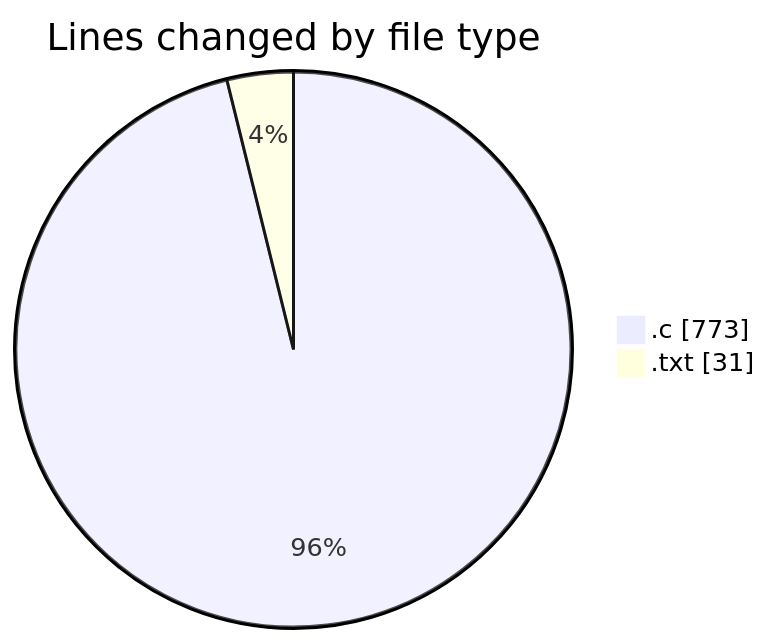
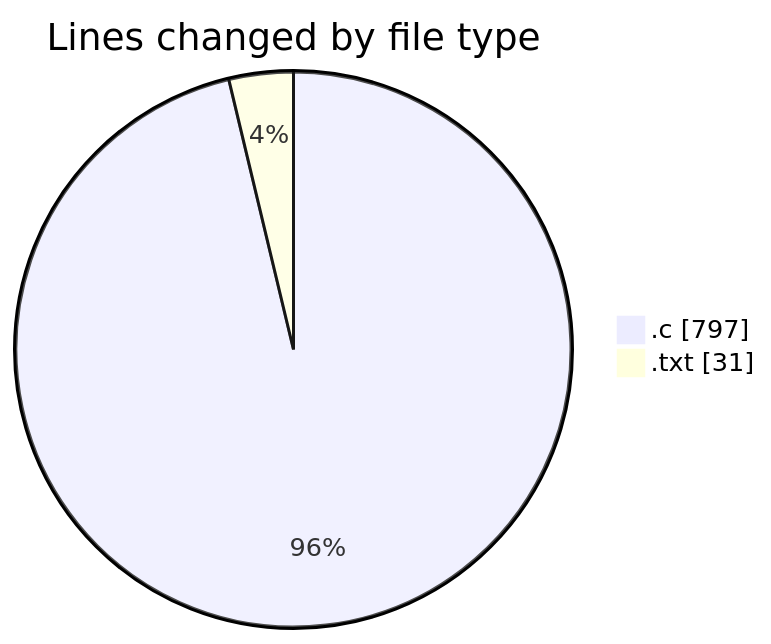
The first of 2 diagrams in 2025-01-26/search/README.md (Ritupan-Deka/code-tracking), drawn with Mermaid before and after one commit. The commit also changed other lines of this file and 1 other file, not shown here.

````diff
--- a/2025-01-26/search/README.md
+++ b/2025-01-26/search/README.md
@@ -22,6 +22,6 @@
 ```mermaid
 pie showData
 title Lines changed by file type
-".c" : 773
+".c" : 797
 ".txt" : 31
 ```
````
